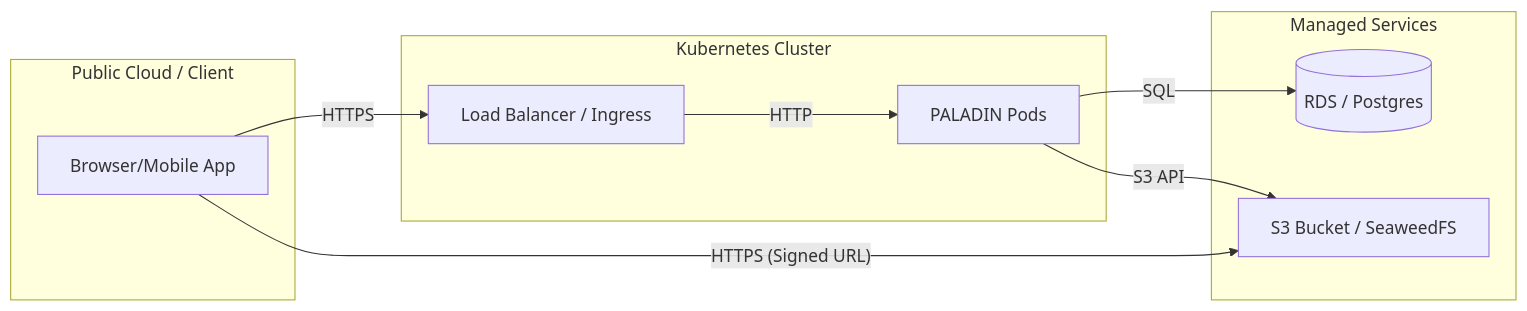
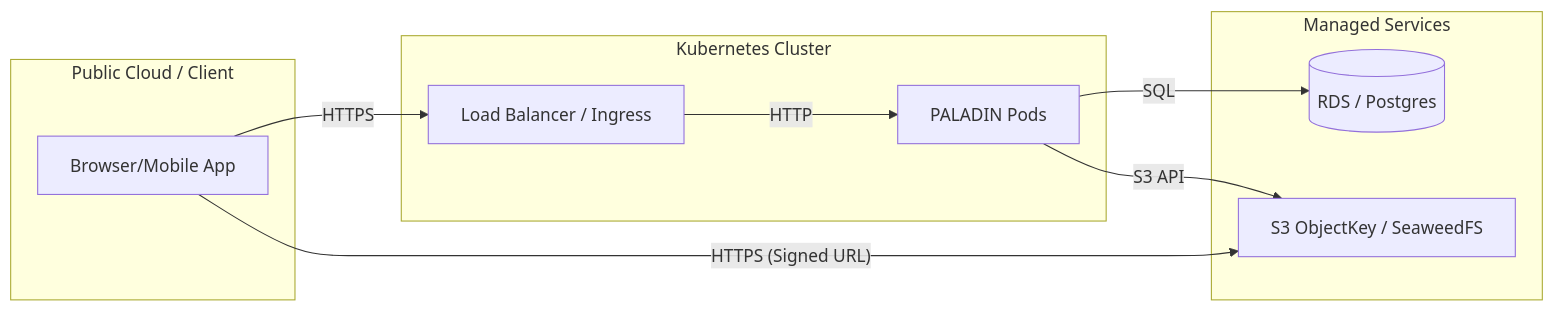
One commit to oleg-tkachuk/paladin changed the fourth of 4 diagrams in docs/diagrams.md. Above: the diagram before and after it, drawn with Mermaid. The commit also changed other lines of this file and 105 other files, not shown here.

````diff
--- a/docs/diagrams.md
+++ b/docs/diagrams.md
@@ -62,20 +62,20 @@
 ```mermaid
 graph LR
     subgraph "Public Cloud / Client"
         C["Browser/Mobile App"]
     end
     subgraph "Kubernetes Cluster"
         PALADIN["PALADIN Pods"]
         LB["Load Balancer / Ingress"]
     end
     subgraph "Managed Services"
         DB[("RDS / Postgres")]
-        S3["S3 Bucket / SeaweedFS"]
+        S3["S3 ObjectKey / SeaweedFS"]
     end
 
     C -- "HTTPS" --> LB
     LB -- "HTTP" --> PALADIN
     PALADIN -- "SQL" --> DB
     PALADIN -- "S3 API" --> S3
     C -- "HTTPS (Signed URL)" --> S3
 ```
````
